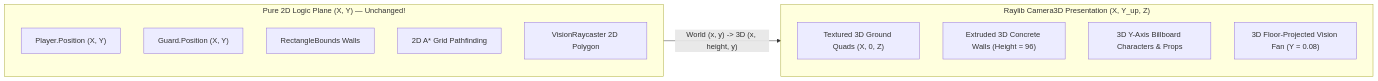
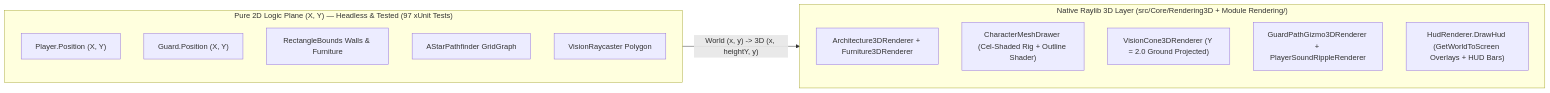
One commit to Mohamed-Elguindy/ShadowHeist changed the third of 3 diagrams in docs/ARCHITECTURE_AND_PLAN.md. Above: the diagram before and after it, drawn with Mermaid. The commit also changed other lines of this file and 2 other files, not shown here.

Commit message:
docs(plan): update architecture plan, 5-page PDF, and README for native 3D and PR #7

````diff
--- a/docs/ARCHITECTURE_AND_PLAN.md
+++ b/docs/ARCHITECTURE_AND_PLAN.md
@@ -306,19 +321,20 @@
 ```mermaid
 flowchart LR
-    subgraph Simulation2D["Pure 2D Logic Plane (X, Y) — Unchanged!"]
+    subgraph Simulation["Pure 2D Logic Plane (X, Y) — Headless & Tested (97 xUnit Tests)"]
         P2D["Player.Position (X, Y)"]
         G2D["Guard.Position (X, Y)"]
-        W2D["RectangleBounds Walls"]
-        AStar["2D A* Grid Pathfinding"]
-        Ray2D["VisionRaycaster 2D Polygon"]
+        W2D["RectangleBounds Walls & Furniture"]
+        AStar["AStarPathfinder GridGraph"]
+        Ray2D["VisionRaycaster Polygon"]
     end
 
-    subgraph Renderer3D["Raylib Camera3D Presentation (X, Y_up, Z)"]
-        Floor3D["Textured 3D Ground Quads (X, 0, Z)"]
-        Walls3D["Extruded 3D Concrete Walls (Height = 96)"]
-        Billboards["3D Y-Axis Billboard Characters & Props"]
-        Vision3D["3D Floor-Projected Vision Fan (Y = 0.08)"]
+    subgraph Rendering3D["Native Raylib 3D Layer (src/Core/Rendering3D + Module Rendering/)"]
+        FloorWalls["Architecture3DRenderer + Furniture3DRenderer"]
+        Chars["CharacterMeshDrawer (Cel-Shaded Rig + Outline Shader)"]
+        Cones["VisionCone3DRenderer (Y = 2.0 Ground Projected)"]
+        Gizmos["GuardPathGizmo3DRenderer + PlayerSoundRippleRenderer"]
+        Hud["HudRenderer.DrawHud (GetWorldToScreen Overlays + HUD Bars)"]
     end
 
-    Simulation2D -->|"World (x, y) -> 3D (x, height, y)"| Renderer3D
+    Simulation -->|"World (x, y) -> 3D (x, heightY, y)"| Rendering3D
 ```
````
